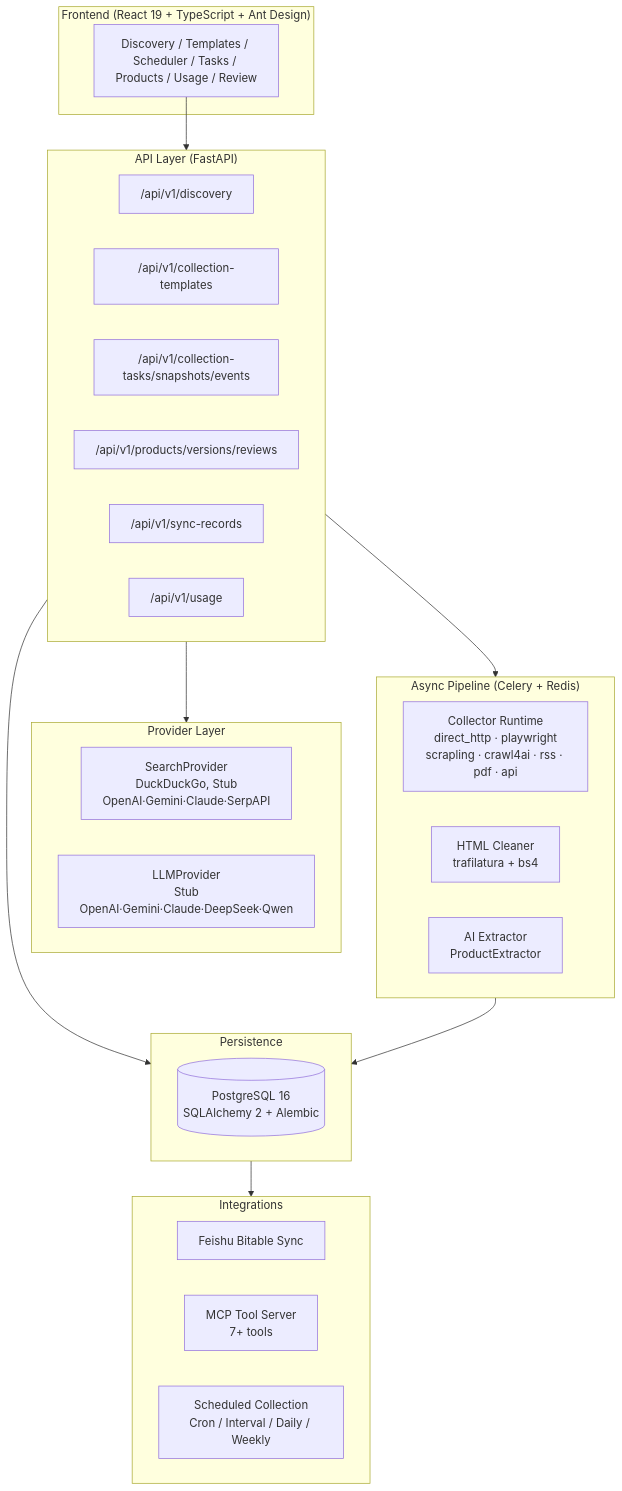
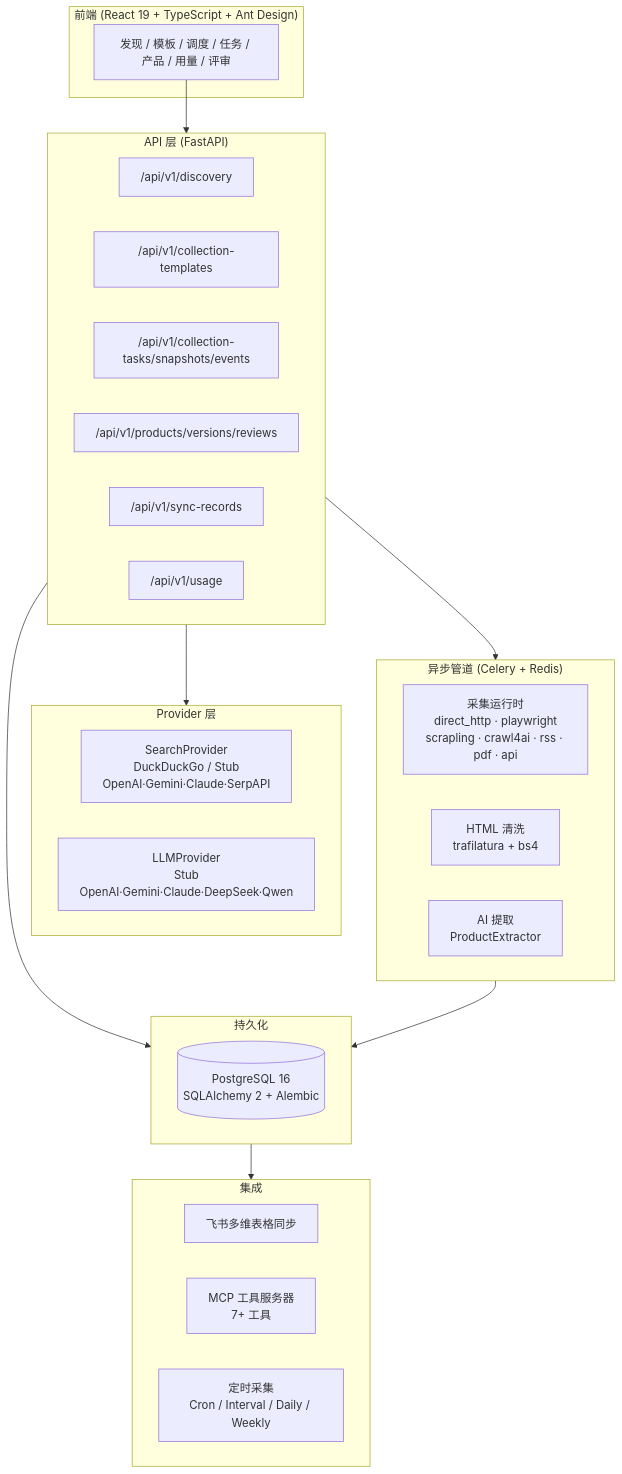
Before and after one commit to a672780966/Competitive-Product-Intelligence-System: the second of 2 diagrams in README.md, drawn with Mermaid. The commit also changed other lines of this file and 4 other files, not shown here.

````diff
--- a/README.md
+++ b/README.md
@@ -86,44 +78,44 @@
 ```mermaid
 graph TB
-    subgraph Frontend["Frontend (React 19 + TypeScript + Ant Design)"]
-        UI["Discovery / Templates / Scheduler / Tasks / Products / Usage / Review"]
+    subgraph Frontend["前端 (React 19 + TypeScript + Ant Design)"]
+        UI["发现 / 模板 / 调度 / 任务 / 产品 / 用量 / 评审"]
     end
 
-    subgraph API["API Layer (FastAPI)"]
+    subgraph API["API 层 (FastAPI)"]
         DiscoveryAPI["/api/v1/discovery"]
         TemplatesAPI["/api/v1/collection-templates"]
         TasksAPI["/api/v1/collection-tasks/snapshots/events"]
         ProductsAPI["/api/v1/products/versions/reviews"]
         SyncAPI["/api/v1/sync-records"]
         UsageAPI["/api/v1/usage"]
     end
 
-    subgraph Providers["Provider Layer"]
+    subgraph Providers["Provider 层"]
         direction LR
-        Search["SearchProvider<br/>DuckDuckGo, Stub<br/>OpenAI·Gemini·Claude·SerpAPI"]
+        Search["SearchProvider<br/>DuckDuckGo / Stub<br/>OpenAI·Gemini·Claude·SerpAPI"]
         LLM["LLMProvider<br/>Stub<br/>OpenAI·Gemini·Claude·DeepSeek·Qwen"]
     end
 
-    subgraph Pipeline["Async Pipeline (Celery + Redis)"]
-        Collect["Collector Runtime<br/>direct_http · playwright<br/>scrapling · crawl4ai · rss · pdf · api"]
-        Clean["HTML Cleaner<br/>trafilatura + bs4"]
-        Extract["AI Extractor<br/>ProductExtractor"]
+    subgraph Pipeline["异步管道 (Celery + Redis)"]
+        Collect["采集运行时<br/>direct_http · playwright<br/>scrapling · crawl4ai · rss · pdf · api"]
+        Clean["HTML 清洗<br/>trafilatura + bs4"]
+        Extract["AI 提取<br/>ProductExtractor"]
     end
 
-    subgraph Storage["Persistence"]
+    subgraph Storage["持久化"]
         DB[("PostgreSQL 16<br/>SQLAlchemy 2 + Alembic")]
     end
 
-    subgraph Sync["Integrations"]
-        Feishu["Feishu Bitable Sync"]
-        MCP["MCP Tool Server<br/>7+ tools"]
-        Sched["Scheduled Collection<br/>Cron / Interval / Daily / Weekly"]
+    subgraph Sync["集成"]
+        Feishu["飞书多维表格同步"]
+        MCP["MCP 工具服务器<br/>7+ 工具"]
+        Sched["定时采集<br/>Cron / Interval / Daily / Weekly"]
     end
 
     UI --> API
     API --> Providers
     API --> Pipeline
     API --> Storage
     Pipeline --> Storage
     Storage --> Sync
 ```
````
